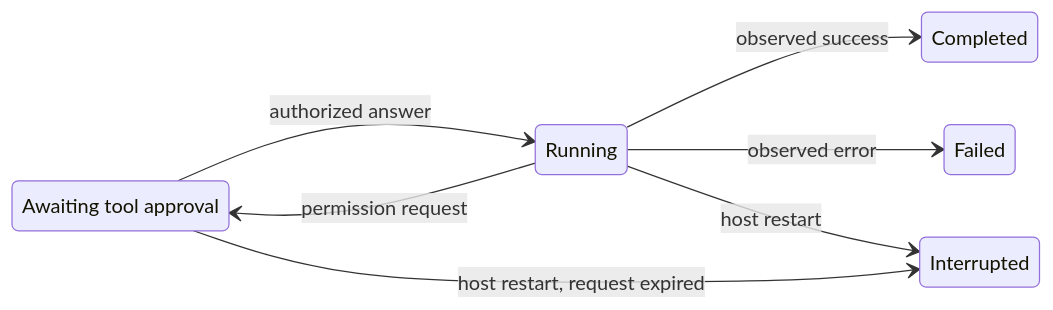
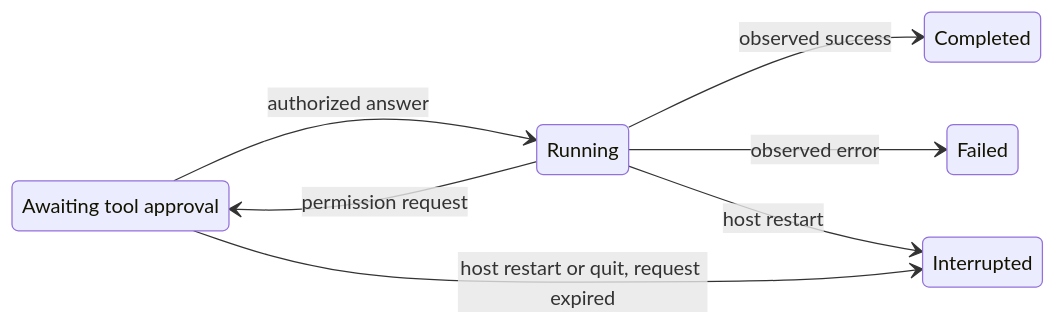
The fifth of 12 diagrams in docs/product/multi-project/specification/journeys.md (vivary-dev/vivary), drawn with Mermaid before and after one commit. The commit also changed other lines of this file and 5 other files, not shown here.

First line of the commit message:
fix(code): end a run Interrupted when a quit expires its Codex request

````diff
--- a/docs/product/multi-project/specification/journeys.md
+++ b/docs/product/multi-project/specification/journeys.md
@@ -106,11 +106,11 @@
 ```mermaid
 stateDiagram-v2
   direction LR
   state "Awaiting tool approval" as AwaitingToolApproval
   Running --> AwaitingToolApproval: permission request
   AwaitingToolApproval --> Running: authorized answer
   Running --> Completed: observed success
   Running --> Failed: observed error
   Running --> Interrupted: host restart
-  AwaitingToolApproval --> Interrupted: host restart, request expired
+  AwaitingToolApproval --> Interrupted: host restart or quit, request expired
 ```
````
